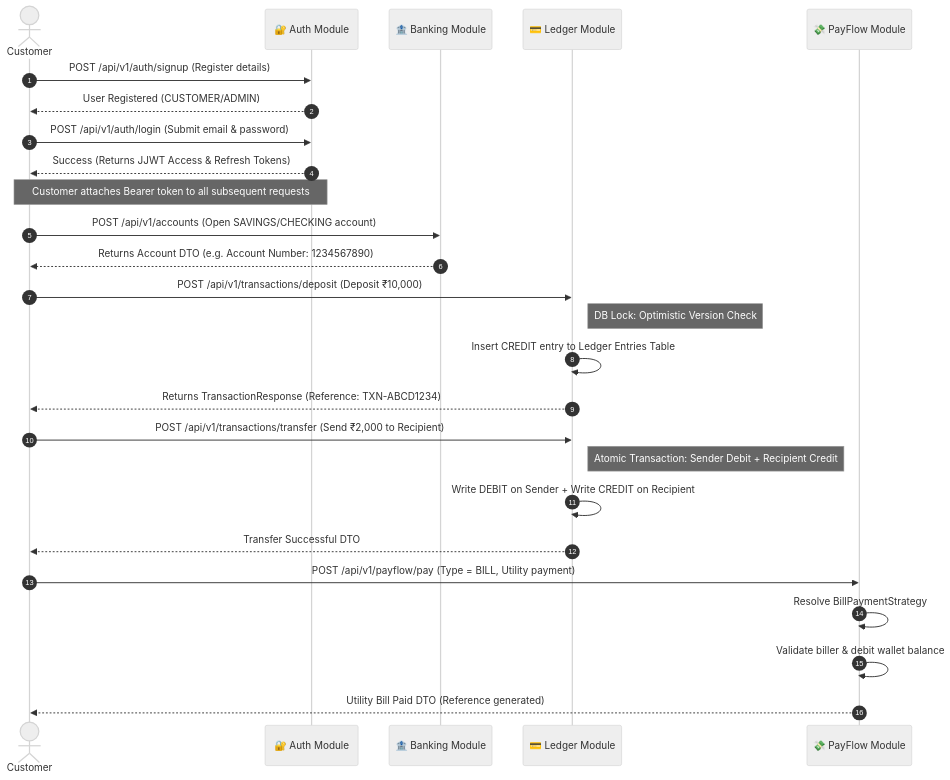
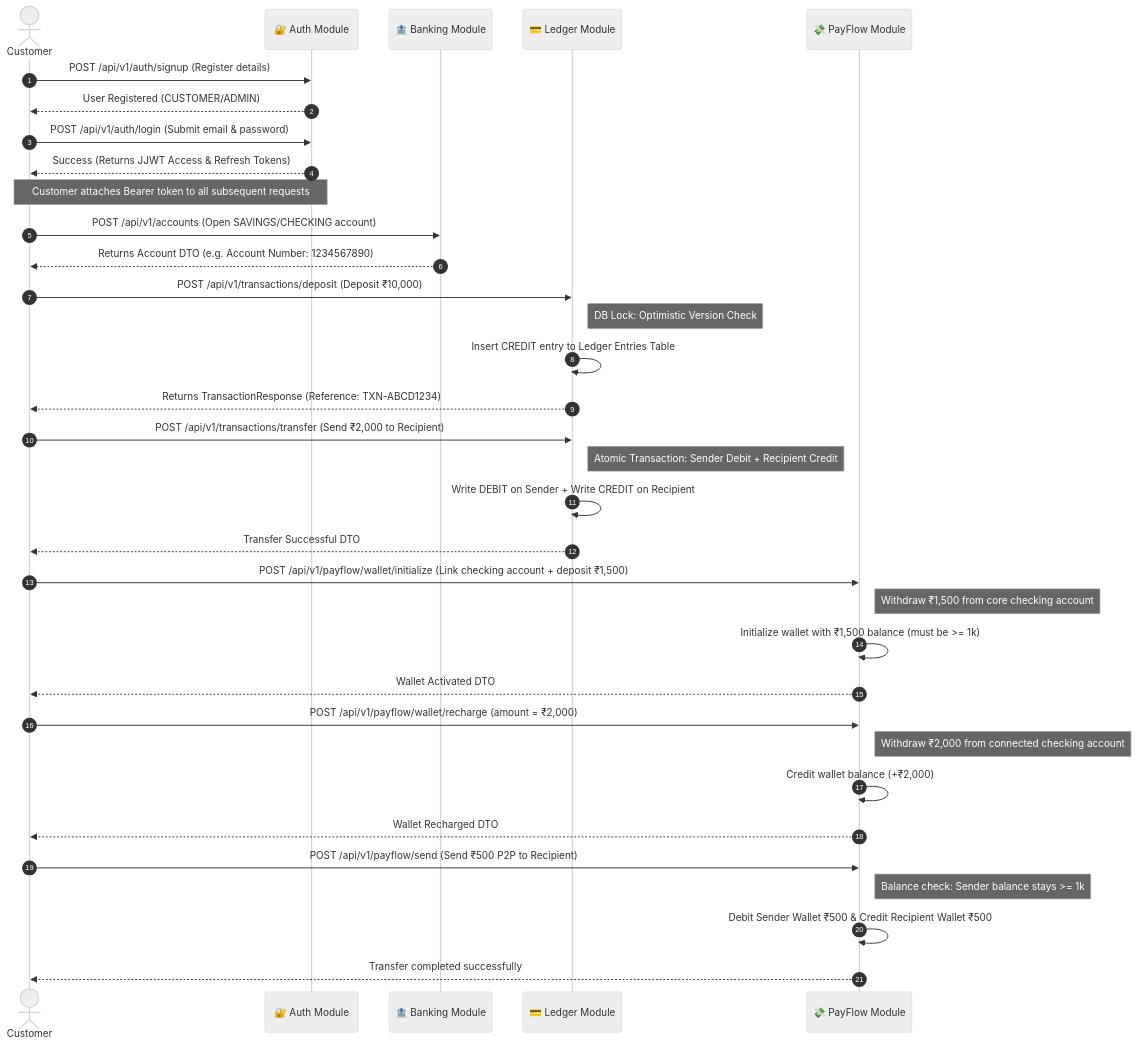
Before and after one commit to SABHYA18/NeoBank: the second of 2 diagrams in api_reference.md, drawn with Mermaid (neutral theme). The commit also changed other lines of this file and 31 other files, not shown here.

````diff
--- a/api_reference.md
+++ b/api_reference.md
@@ -55,35 +55,45 @@
 ```mermaid
 sequenceDiagram
     autonumber
     actor Customer
     participant Auth as 🔐 Auth Module
     participant Banking as 🏦 Banking Module
     participant Ledger as 💳 Ledger Module
     participant Wallet as 💸 PayFlow Module
 
     Customer->>Auth: POST /api/v1/auth/signup (Register details)
     Auth-->>Customer: User Registered (CUSTOMER/ADMIN)
     
     Customer->>Auth: POST /api/v1/auth/login (Submit email & password)
     Auth-->>Customer: Success (Returns JJWT Access & Refresh Tokens)
 
     Note over Customer, Auth: Customer attaches Bearer token to all subsequent requests
 
     Customer->>Banking: POST /api/v1/accounts (Open SAVINGS/CHECKING account)
     Banking-->>Customer: Returns Account DTO (e.g. Account Number: 1234567890)
 
     Customer->>Ledger: POST /api/v1/transactions/deposit (Deposit ₹10,000)
     Note right of Ledger: DB Lock: Optimistic Version Check
     Ledger->>Ledger: Insert CREDIT entry to Ledger Entries Table
     Ledger-->>Customer: Returns TransactionResponse (Reference: TXN-ABCD1234)
 
     Customer->>Ledger: POST /api/v1/transactions/transfer (Send ₹2,000 to Recipient)
     Note right of Ledger: Atomic Transaction: Sender Debit + Recipient Credit
     Ledger->>Ledger: Write DEBIT on Sender + Write CREDIT on Recipient
     Ledger-->>Customer: Transfer Successful DTO
 
-    Customer->>Wallet: POST /api/v1/payflow/pay (Type = BILL, Utility payment)
-    Wallet->>Wallet: Resolve BillPaymentStrategy
-    Wallet->>Wallet: Validate biller & debit wallet balance
-    Wallet-->>Customer: Utility Bill Paid DTO (Reference generated)
+    Customer->>Wallet: POST /api/v1/payflow/wallet/initialize (Link checking account + deposit ₹1,500)
+    Note right of Wallet: Withdraw ₹1,500 from core checking account
+    Wallet->>Wallet: Initialize wallet with ₹1,500 balance (must be >= 1k)
+    Wallet-->>Customer: Wallet Activated DTO
+
+    Customer->>Wallet: POST /api/v1/payflow/wallet/recharge (amount = ₹2,000)
+    Note right of Wallet: Withdraw ₹2,000 from connected checking account
+    Wallet->>Wallet: Credit wallet balance (+₹2,000)
+    Wallet-->>Customer: Wallet Recharged DTO
+
+    Customer->>Wallet: POST /api/v1/payflow/send (Send ₹500 P2P to Recipient)
+    Note right of Wallet: Balance check: Sender balance stays >= 1k
+    Wallet->>Wallet: Debit Sender Wallet ₹500 & Credit Recipient Wallet ₹500
+    Wallet-->>Customer: Transfer completed successfully
 ```
````
